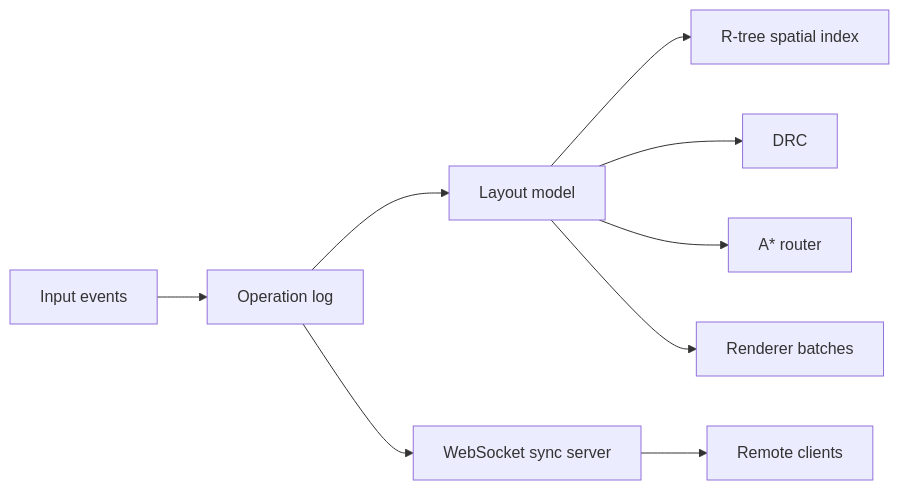
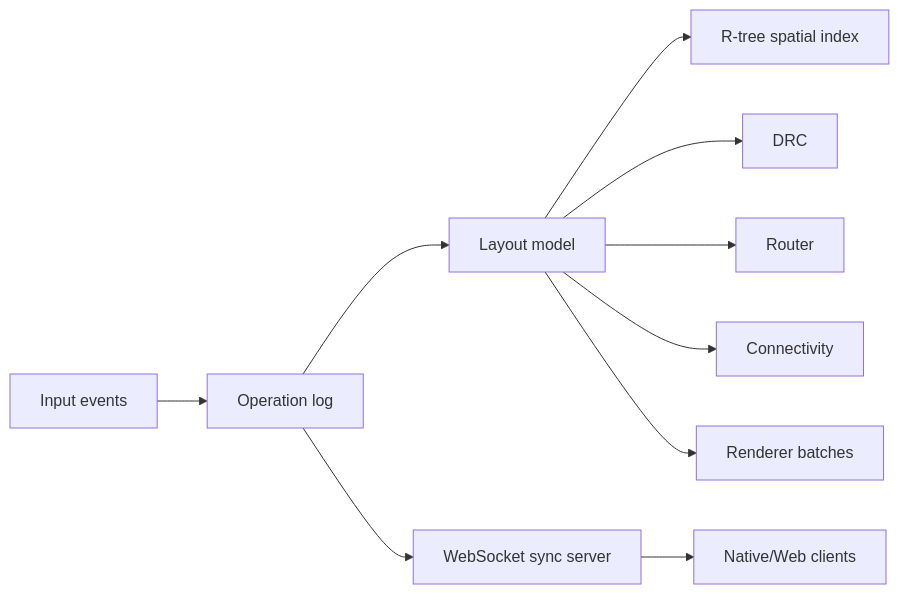
The diagram in README.md (Andrewp2/rust-layout), drawn with Mermaid before and after one commit. The commit also changed other lines of this file and 243 other files, not shown here.

````diff
--- a/README.md
+++ b/README.md
@@ -21,11 +34,12 @@
 ```mermaid
 flowchart LR
   input["Input events"] --> ops["Operation log"]
   ops --> model["Layout model"]
   model --> index["R-tree spatial index"]
   model --> drc["DRC"]
-  model --> router["A* router"]
+  model --> router["Router"]
+  model --> connectivity["Connectivity"]
   model --> renderer["Renderer batches"]
   ops --> sync["WebSocket sync server"]
-  sync --> remote["Remote clients"]
+  sync --> clients["Native/Web clients"]
 ```
````
